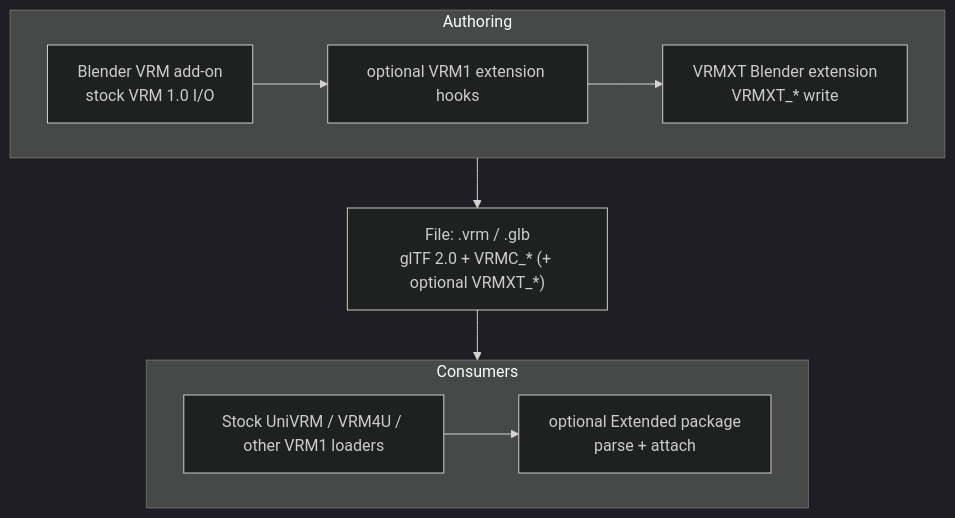
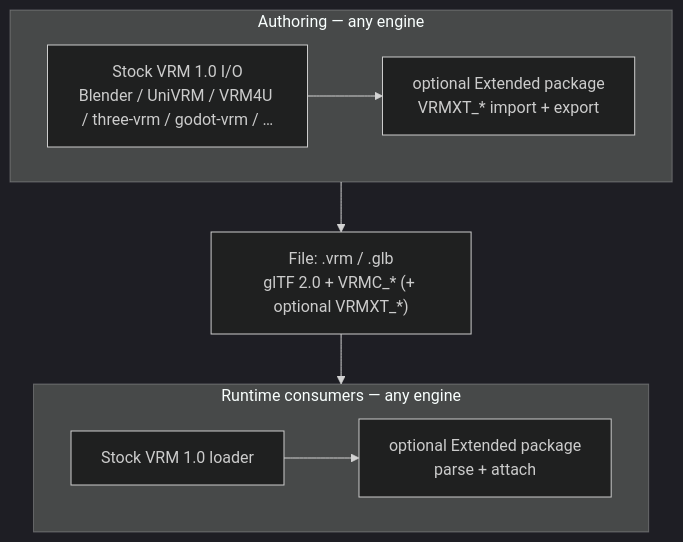
One commit to miramocha/Extended-VRM-Specs changed the diagram in architecture.md. Above: the diagram before and after it, drawn with Mermaid (dark theme). The commit also changed other lines of this file and 1 other file, not shown here.

First line of the commit message:
docs(arch): multi-engine authoring import/export

````diff
--- a/architecture.md
+++ b/architecture.md
@@ -38,19 +45,19 @@
 ```mermaid
 flowchart TB
-  subgraph authoring [Authoring]
-    blenderStock[Blender VRM add-on<br/>stock VRM 1.0 I/O]
-    hooks[optional VRM1 extension hooks]
-    vrmxtBlender[VRMXT Blender extension<br/>VRMXT_* write]
-    blenderStock --> hooks --> vrmxtBlender
+  subgraph authoring [Authoring — any engine]
+    stockAuth[Stock VRM 1.0 I/O<br/>Blender / UniVRM / VRM4U / three-vrm / godot-vrm / …]
+    extAuth[optional Extended package<br/>VRMXT_* import + export]
+    stockAuth --> extAuth
   end
 
   file["File: .vrm / .glb<br/>glTF 2.0 + VRMC_* (+ optional VRMXT_*)"]
 
-  subgraph consumers [Consumers]
-    stockLoaders[Stock UniVRM / VRM4U / other VRM1 loaders]
+  subgraph consumers [Runtime consumers — any engine]
+    stockLoaders[Stock VRM 1.0 loader]
     extPkg[optional Extended package<br/>parse + attach]
     stockLoaders --> extPkg
   end
 
-  authoring --> file --> consumers
+  authoring --> file
+  file --> consumers
 ```
````
